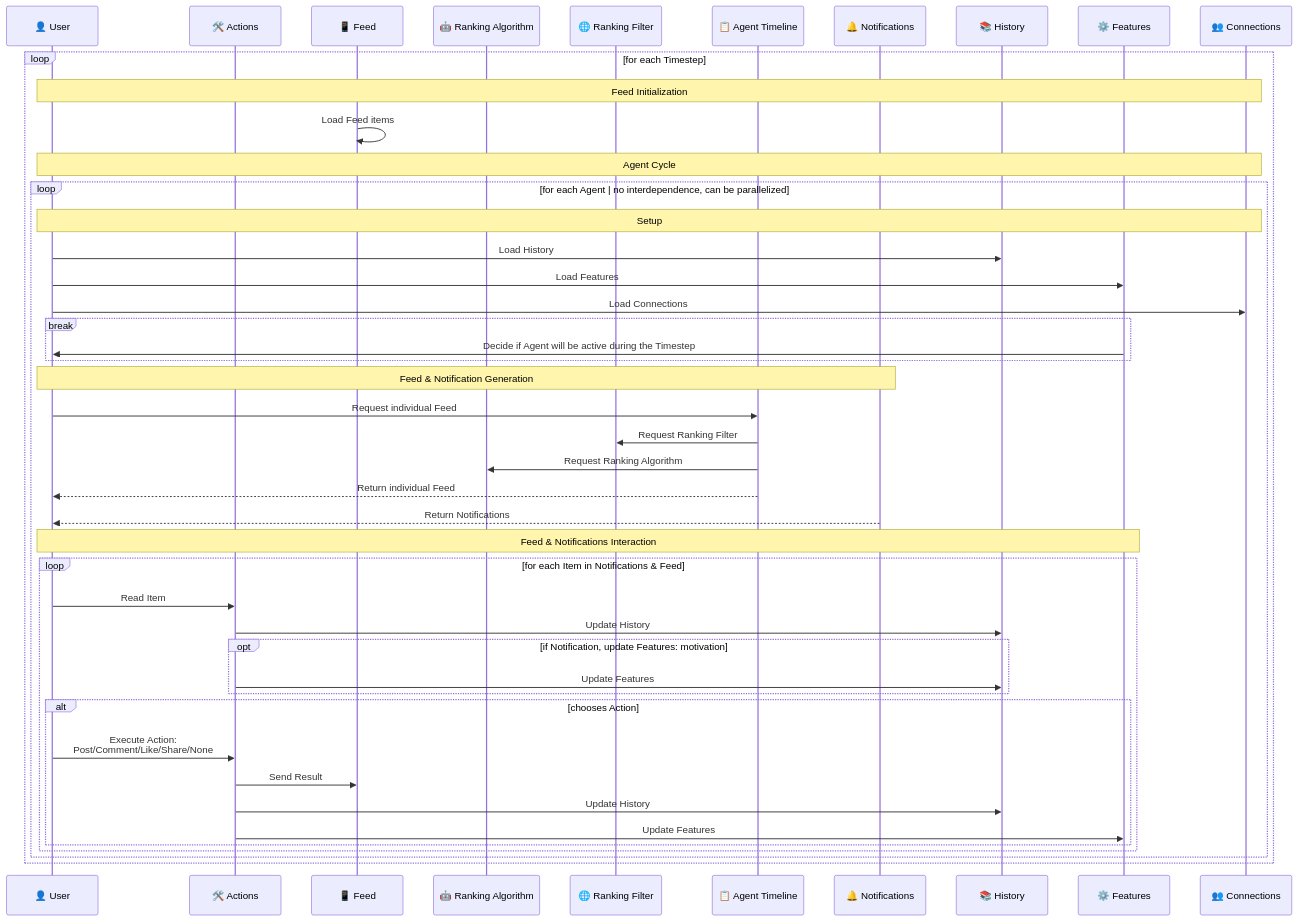
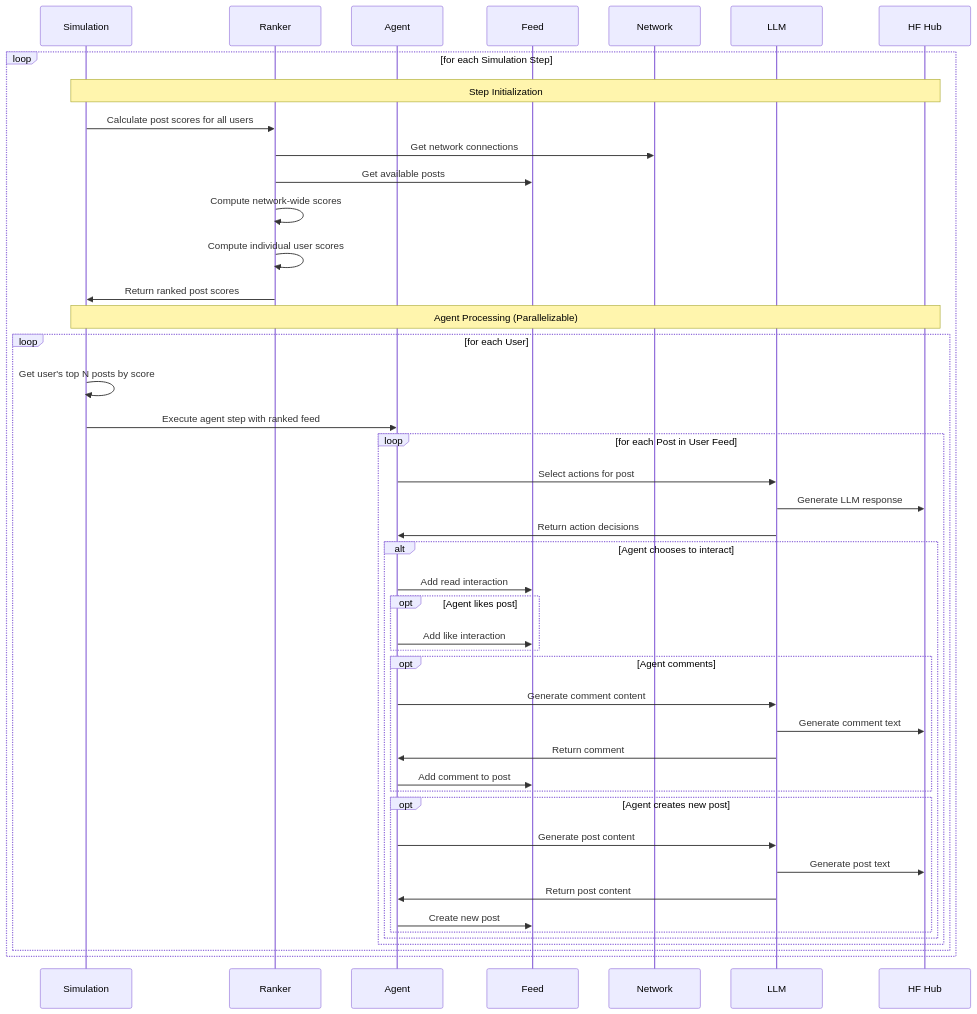
The second of 2 diagrams in reports/Readme.md (cl-trier/TWON-LSS), drawn with Mermaid before and after one commit. The commit also changed other lines of this file, not shown here.

Commit message:
update description charts

````diff
--- a/reports/Readme.md
+++ b/reports/Readme.md
@@ -60,54 +55,54 @@
 ```mermaid
 sequenceDiagram
-    participant U as 👤 User
-    participant A as 🛠️ Actions
-    participant F as 📱 Feed
-    participant AL as 🤖 Ranking Algorithm
-    participant FT as 🌐 Ranking Filter
-    participant T as 📋 Agent Timeline
-    participant N as 🔔 Notifications
-    participant H as 📚 History
-    participant FE as ⚙️ Features
-    participant C as 👥 Connections
+    participant S as Simulation
+    participant R as Ranker
+    participant A as Agent
+    participant F as Feed
+    participant N as Network
+    participant L as LLM
+    participant HF as HF Hub
 
-    loop for each Timestep
-        Note over U,C: Feed Initialization
-        F->>F: Load Feed items
+    loop for each Simulation Step
+        Note over S,HF: Step Initialization
+        S->>R: Calculate post scores for all users
+        R->>N: Get network connections
+        R->>F: Get available posts
+        R->>R: Compute network-wide scores
+        R->>R: Compute individual user scores
+        R->>S: Return ranked post scores
 
-        Note over U,C: Agent Cycle
-        loop for each Agent | no interdependence, can be parallelized
-            Note over U,C: Setup
-            U->>H: Load History
-            U->>FE: Load Features
-            U->>C: Load Connections
-
-            break
-                FE->>U: Decide if Agent will be active during the Timestep
-            end
-
-            Note over U,N: Feed & Notification Generation
-            U->>T: Request individual Feed
-            T->>FT: Request Ranking Filter
-            T->>AL: Request Ranking Algorithm
-            T-->>U: Return individual Feed
-            N-->>U: Return Notifications
-
-            Note over U,FE: Feed & Notifications Interaction
-            loop for each Item in Notifications & Feed
-                U->>A: Read Item
-                A->>H: Update History
-
-                opt if Notification, update Features: motivation
-                    A->>H: Update Features
-                end
+        Note over S,HF: Agent Processing (Parallelizable)
+        loop for each User
+            S->>S: Get user's top N posts by score
+            S->>A: Execute agent step with ranked feed
+            
+            loop for each Post in User Feed
+                A->>L: Select actions for post
+                L->>HF: Generate LLM response
+                L->>A: Return action decisions
                 
-                alt chooses Action
-                    U->>A: Execute Action:<br>Post/Comment/Like/Share/None 
-                    A->>F: Send Result
-                    A->>H: Update History
-                    A->>FE: Update Features
+                alt Agent chooses to interact
+                    A->>F: Add read interaction
+                    
+                    opt Agent likes post
+                        A->>F: Add like interaction
+                    end
+                    
+                    opt Agent comments
+                        A->>L: Generate comment content
+                        L->>HF: Generate comment text
+                        L->>A: Return comment
+                        A->>F: Add comment to post
+                    end
+                    
+                    opt Agent creates new post
+                        A->>L: Generate post content
+                        L->>HF: Generate post text
+                        L->>A: Return post content
+                        A->>F: Create new post
+                    end
                 end
             end
         end
     end
 ```
````
